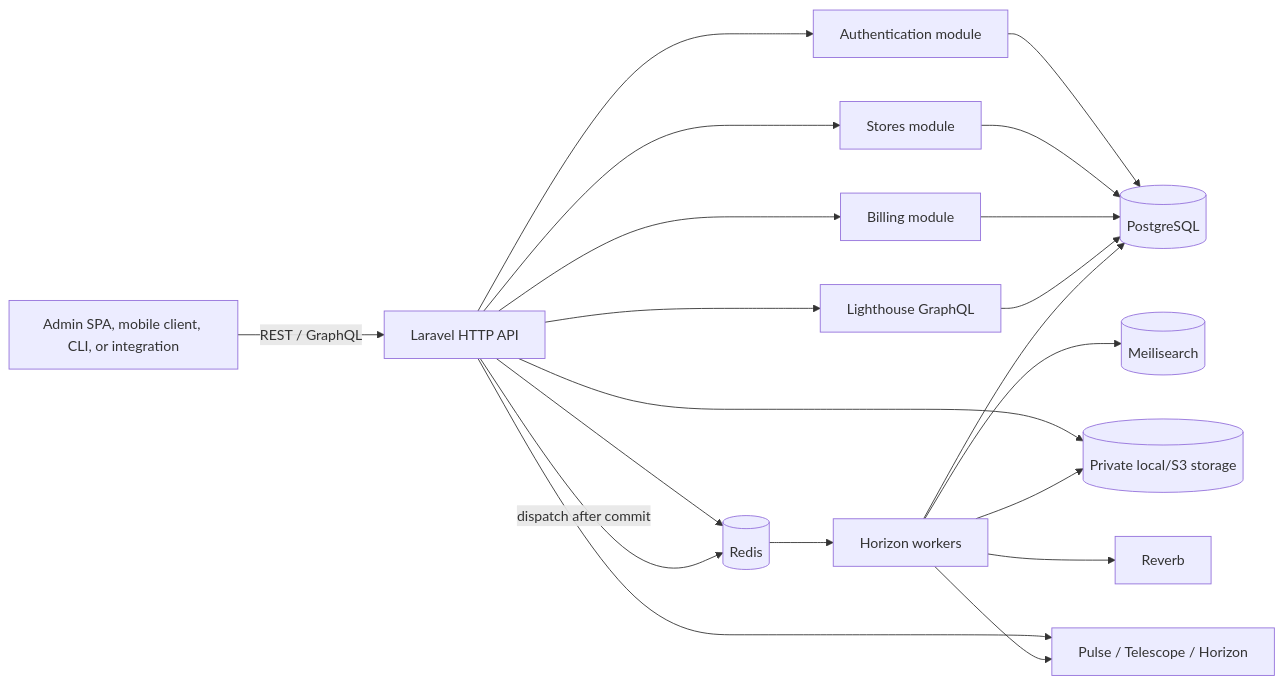
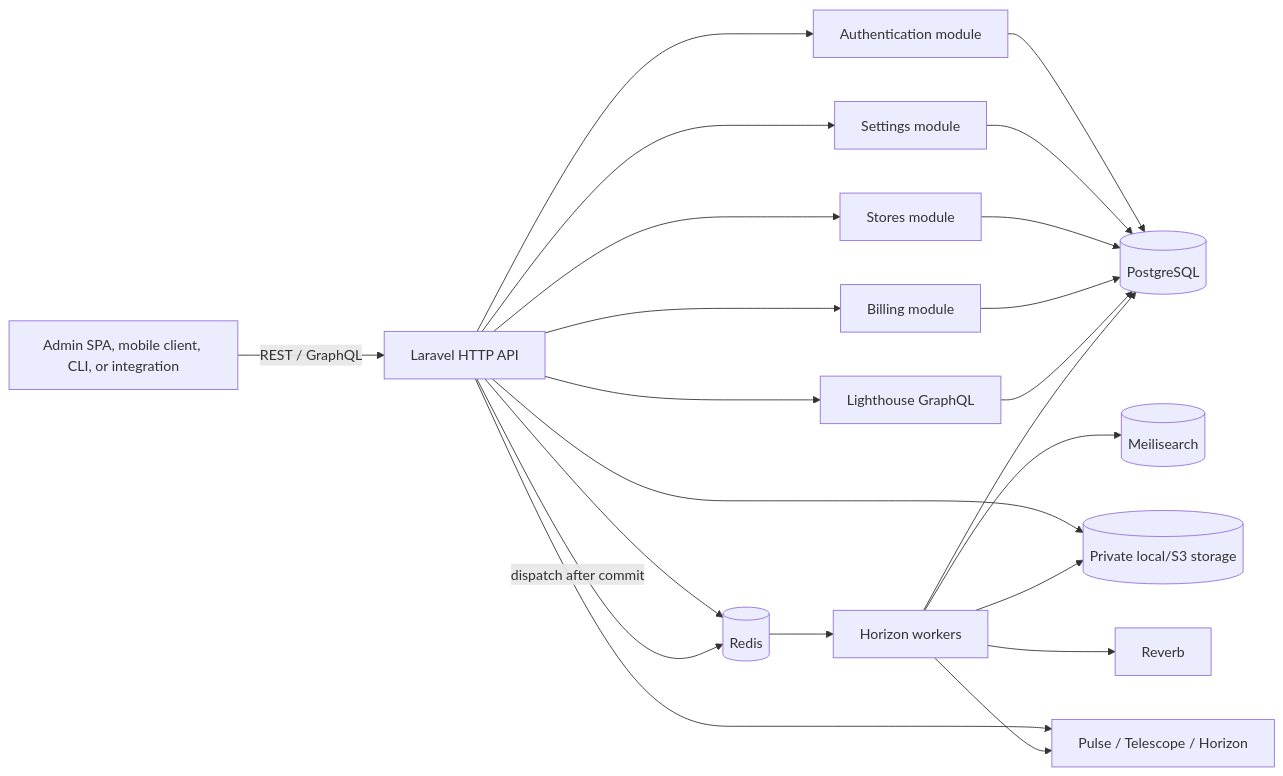
Before and after one commit to fzeeso/shopnxebk: the first of 5 diagrams in docs/developer-guide.md, drawn with Mermaid. The commit also changed other lines of this file and 59 other files, not shown here.

````diff
--- a/docs/developer-guide.md
+++ b/docs/developer-guide.md
@@ -11,36 +11,39 @@
 ```mermaid
 flowchart LR
     Client["Admin SPA, mobile client, CLI, or integration"]
     HTTP["Laravel HTTP API"]
     Auth["Authentication module"]
+    Settings["Settings module"]
     Store["Stores module"]
     Billing["Billing module"]
     GraphQL["Lighthouse GraphQL"]
     DB[("PostgreSQL")]
     Redis[("Redis")]
     Search[("Meilisearch")]
     Files[("Private local/S3 storage")]
     Queue["Horizon workers"]
     Reverb["Reverb"]
     Ops["Pulse / Telescope / Horizon"]
 
     Client -->|"REST / GraphQL"| HTTP
     HTTP --> Auth
+    HTTP --> Settings
     HTTP --> Store
     HTTP --> Billing
     HTTP --> GraphQL
     Auth --> DB
+    Settings --> DB
     Store --> DB
     Billing --> DB
     GraphQL --> DB
     HTTP --> Redis
     HTTP --> Files
     HTTP -->|"dispatch after commit"| Redis
     Redis --> Queue
     Queue --> DB
     Queue --> Search
     Queue --> Files
     Queue --> Reverb
     HTTP --> Ops
     Queue --> Ops
 ```
````
